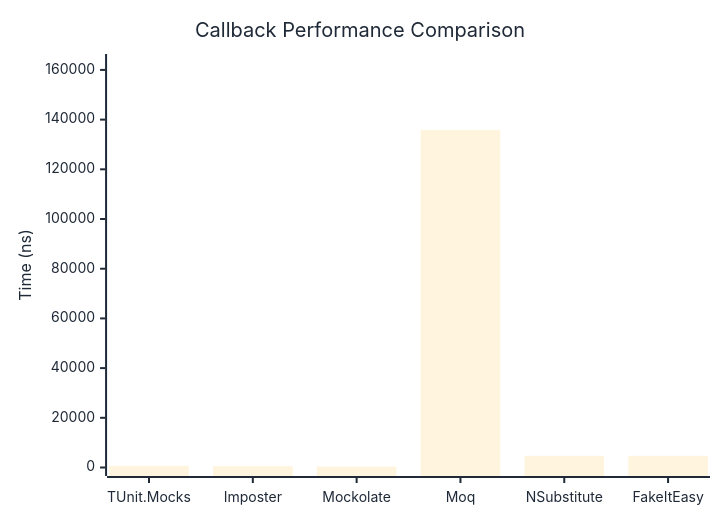
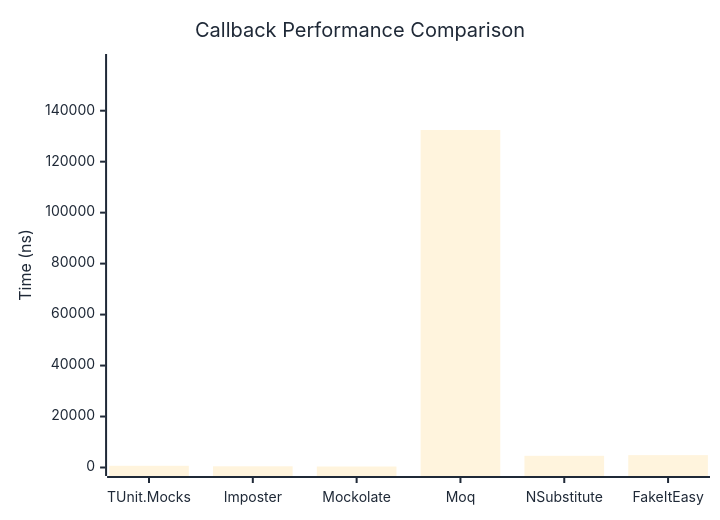
The first of 2 diagrams in docs/docs/benchmarks/mocks/Callback.md (thomhurst/TUnit), drawn with Mermaid before and after one commit. The commit also changed other lines of this file and 14 other files, not shown here.

````diff
--- a/docs/docs/benchmarks/mocks/Callback.md
+++ b/docs/docs/benchmarks/mocks/Callback.md
@@ -30,27 +30,27 @@
 ```mermaid
 %%{init: {
   'theme':'base',
   'themeVariables': {
     'primaryColor': '#2563eb',
     'primaryTextColor': '#1f2937',
     'primaryBorderColor': '#1e40af',
     'lineColor': '#6b7280',
     'secondaryColor': '#7c3aed',
     'tertiaryColor': '#dc2626',
     'background': '#ffffff',
     'pie1': '#2563eb',
     'pie2': '#7c3aed',
     'pie3': '#dc2626',
     'pie4': '#f59e0b',
     'pie5': '#10b981',
     'pie6': '#06b6d4',
     'pie7': '#ec4899',
     'pie8': '#6366f1'
   }
 }}%%
 xychart-beta
   title "Callback Performance Comparison"
   x-axis ["TUnit.Mocks", "Imposter", "Mockolate", "Moq", "NSubstitute", "FakeItEasy"]
-  y-axis "Time (ns)" 0 --> 162986
-  bar [700.5, 489.3, 353.4, 135820.9, 4704, 4698.6]
+  y-axis "Time (ns)" 0 --> 158913
+  bar [666, 466.9, 388.3, 132427.3, 4579.7, 4848.1]
 ```
````
